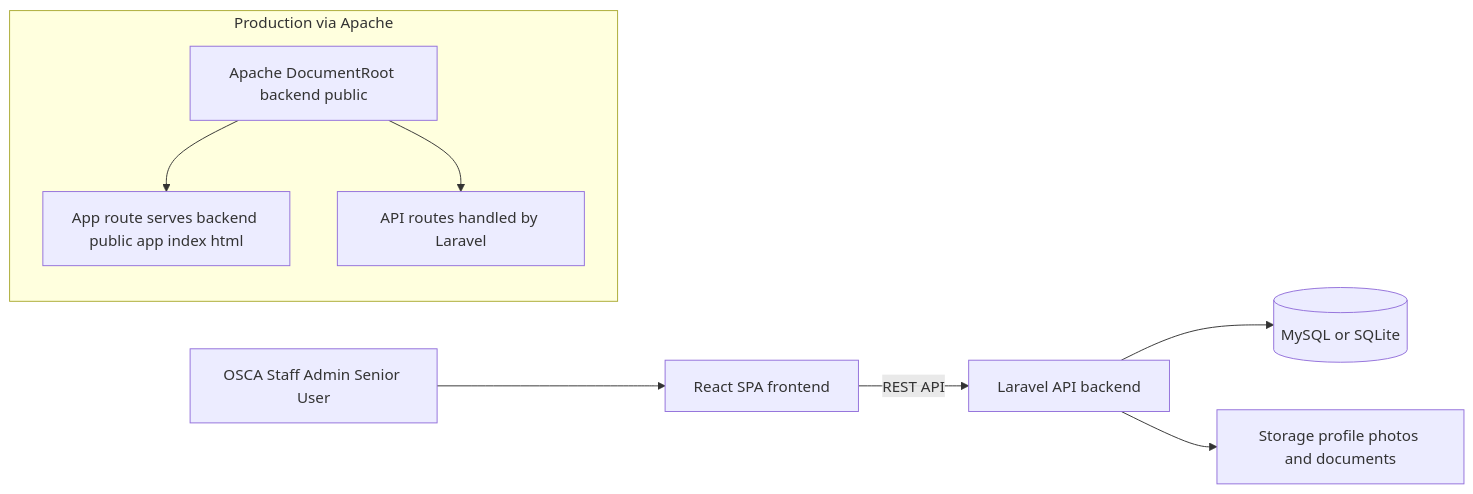
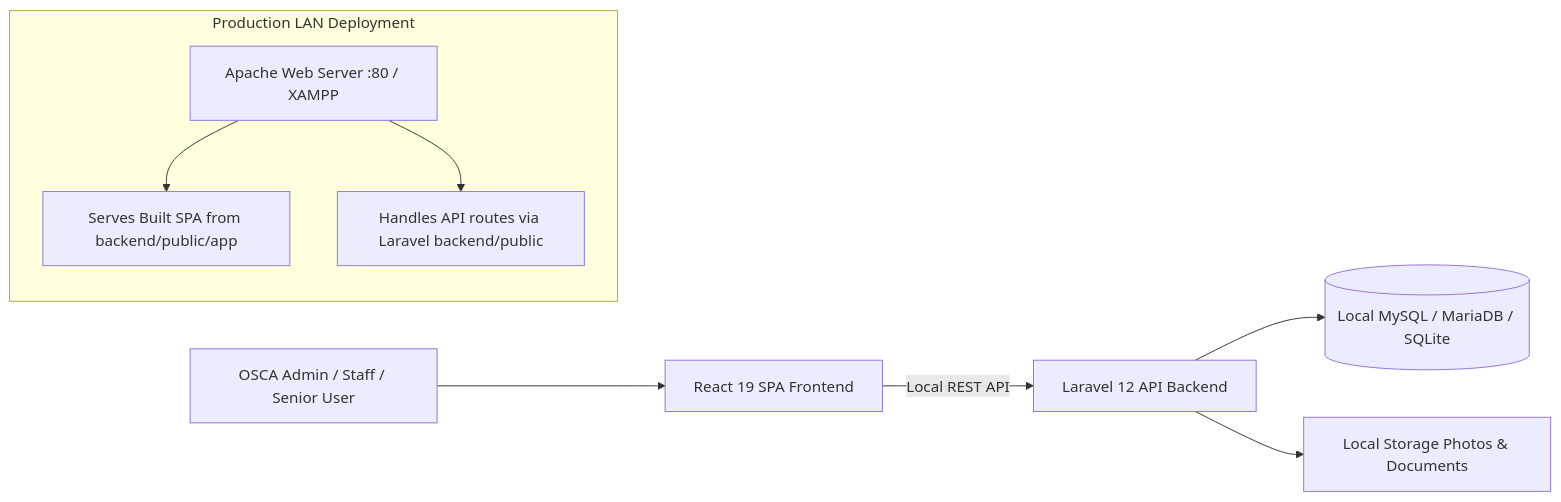
One commit to PikuFuka/OSCA changed the diagram in README.md. Above: the diagram before and after it, drawn with Mermaid. The commit also changed other lines of this file and 51 other files, not shown here.

````diff
--- a/README.md
+++ b/README.md
@@ -31,13 +45,13 @@
 ```mermaid
 flowchart LR
-  U[OSCA Staff Admin Senior User] --> FE[React SPA frontend]
-  FE -->|REST API| BE[Laravel API backend]
-  BE --> DB[(MySQL or SQLite)]
-  BE --> FS[Storage profile photos and documents]
+  U[OSCA Admin / Staff / Senior User] --> FE[React 19 SPA Frontend]
+  FE -->|Local REST API| BE[Laravel 12 API Backend]
+  BE --> DB[(Local MySQL / MariaDB / SQLite)]
+  BE --> FS[Local Storage Photos & Documents]
 
-  subgraph Production via Apache
-    AP[Apache DocumentRoot backend public]
-    AP --> SPA[App route serves backend public app index html]
-    AP --> API[API routes handled by Laravel]
+  subgraph Production LAN Deployment
+    AP[Apache Web Server :80 / XAMPP]
+    AP --> SPA[Serves Built SPA from backend/public/app]
+    AP --> API[Handles API routes via Laravel backend/public]
   end
 ```
````
